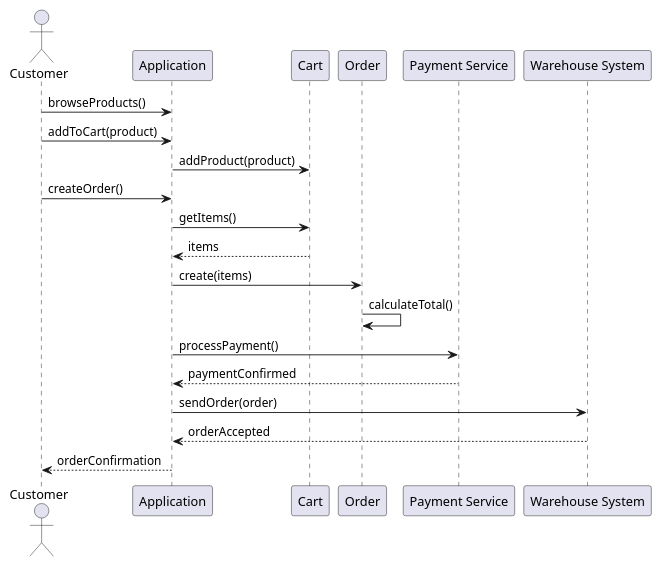
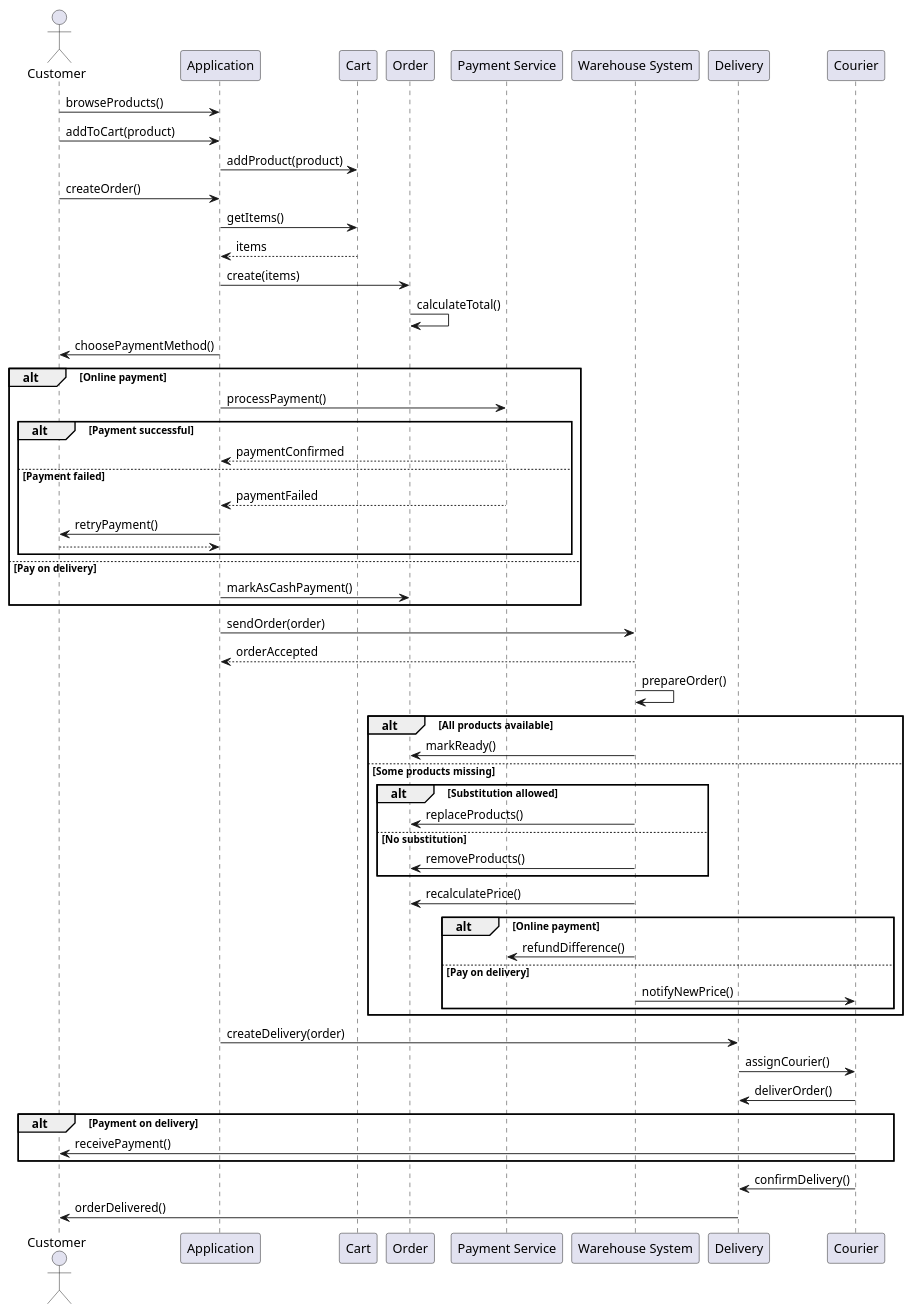
The diagram in diagrams/sequence/order_creation_sequence.puml (maksym-hrytsenko/PIS_SP), drawn with PlantUML before and after one commit.

Commit message:
Enhance order creation sequence diagram
Updated order creation sequence diagram to include payment options, warehouse processing, and delivery steps.

```diff
--- a/diagrams/sequence/order_creation_sequence.puml
+++ b/diagrams/sequence/order_creation_sequence.puml
@@ -1,34 +1,80 @@
 @startuml
+actor Customer
 
-actor Customer
-participant "Application" as App
-participant "Cart"
-participant "Order"
+participant Application
+participant Cart
+participant Order
 participant "Payment Service" as Payment
 participant "Warehouse System" as Warehouse
+participant Delivery
+participant Courier
 
-Customer -> App : browseProducts()
-Customer -> App : addToCart(product)
+' --- Browsing and cart ---
+Customer -> Application : browseProducts()
+Customer -> Application : addToCart(product)
+Application -> Cart : addProduct(product)
 
-App -> Cart : addProduct(product)
-
-Customer -> App : createOrder()
-
-App -> Cart : getItems()
-Cart --> App : items
-
-App -> Order : create(items)
-
+' --- Create order ---
+Customer -> Application : createOrder()
+Application -> Cart : getItems()
+Cart --> Application : items
+Application -> Order : create(items)
 Order -> Order : calculateTotal()
 
-App -> Payment : processPayment()
+' --- Payment ---
+Application -> Customer : choosePaymentMethod()
 
-Payment --> App : paymentConfirmed
+alt Online payment
+    Application -> Payment : processPayment()
+    
+    alt Payment successful
+        Payment --> Application : paymentConfirmed
+    else Payment failed
+        Payment --> Application : paymentFailed
+        Application -> Customer : retryPayment()
+        return
+    end
 
-App -> Warehouse : sendOrder(order)
+else Pay on delivery
+    Application -> Order : markAsCashPayment()
+end
 
-Warehouse --> App : orderAccepted
+' --- Send to warehouse ---
+Application -> Warehouse : sendOrder(order)
+Warehouse --> Application : orderAccepted
 
-App --> Customer : orderConfirmation
+' --- Warehouse processing ---
+Warehouse -> Warehouse : prepareOrder()
+
+alt All products available
+    Warehouse -> Order : markReady()
+else Some products missing
+    alt Substitution allowed
+        Warehouse -> Order : replaceProducts()
+    else No substitution
+        Warehouse -> Order : removeProducts()
+    end
+
+    Warehouse -> Order : recalculatePrice()
+
+    alt Online payment
+        Warehouse -> Payment : refundDifference()
+    else Pay on delivery
+        Warehouse -> Courier : notifyNewPrice()
+    end
+end
+
+' --- Delivery ---
+Application -> Delivery : createDelivery(order)
+Delivery -> Courier : assignCourier()
+
+Courier -> Delivery : deliverOrder()
+
+alt Payment on delivery
+    Courier -> Customer : receivePayment()
+end
+
+Courier -> Delivery : confirmDelivery()
+Delivery -> Customer : orderDelivered()
 
 @enduml
```
